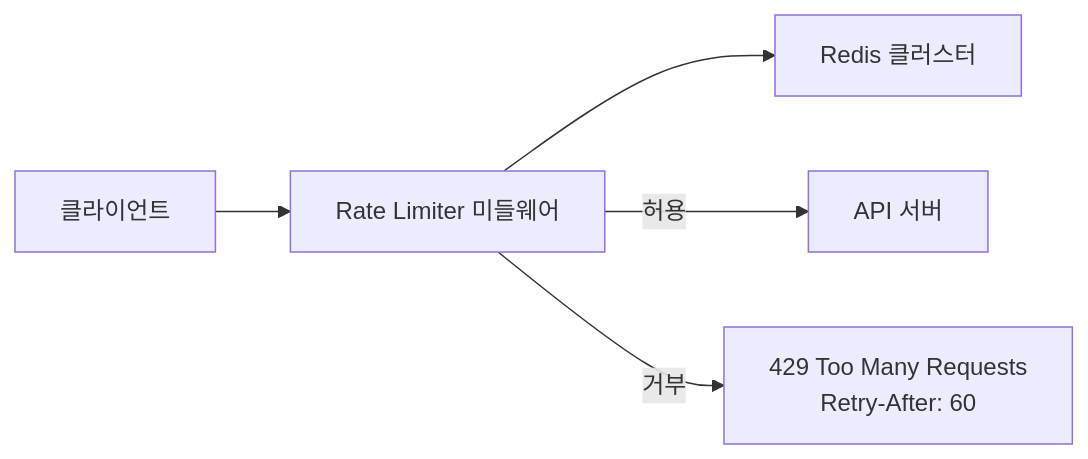
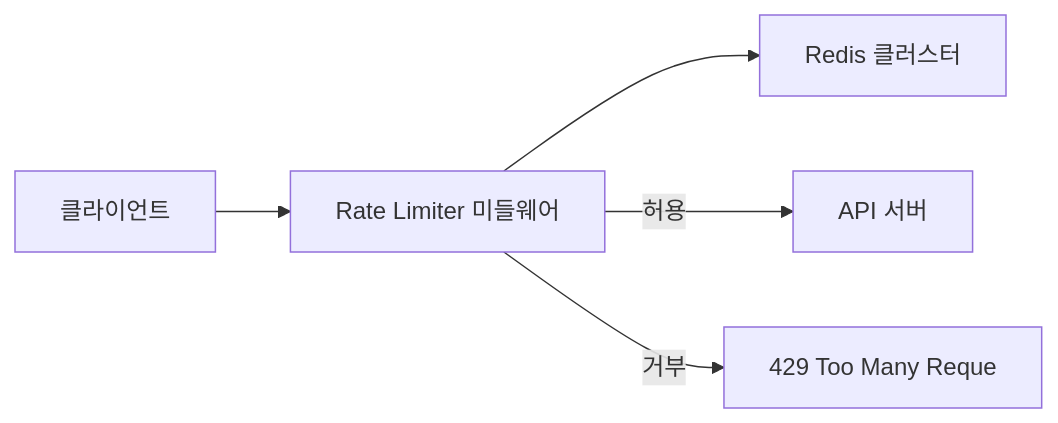
Before and after one commit to yjkim2015/yjkim2015.github.io: the fifth of 7 diagrams in _posts/systemdesign/2026-05-02-system-design-rate-limiter.md, drawn with Mermaid. The commit also changed other lines of this file and 271 other files, not shown here.

First line of the commit message:
Mermaid 라벨 축소: 긴 노드 텍스트 18자 이하로 트림 + \n 제거

````diff
--- a/_posts/systemdesign/2026-05-02-system-design-rate-limiter.md
+++ b/_posts/systemdesign/2026-05-02-system-design-rate-limiter.md
@@ -185,7 +185,7 @@
 ```mermaid
 graph LR
     Client["클라이언트"] --> MW["Rate Limiter 미들웨어"]
     MW --> Redis["Redis 클러스터"]
     MW -->|"허용"| API["API 서버"]
-    MW -->|"거부"| Resp["429 Too Many Requests\nRetry-After: 60"]
+    MW -->|"거부"| Resp["429 Too Many Reque"]
 ```
````
